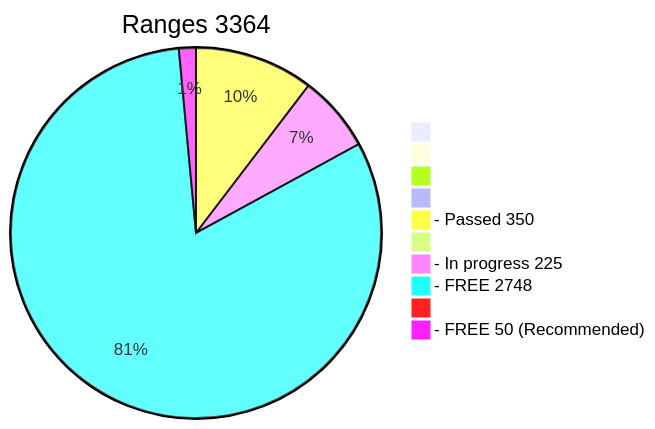
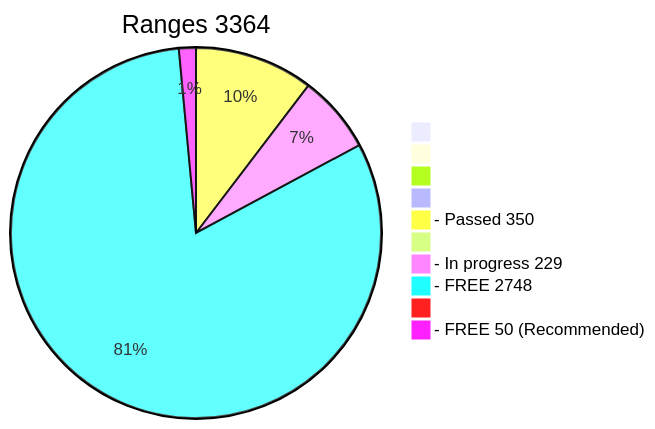
The diagram in x64/Release/table.md (phrutis/wif500), drawn with Mermaid before and after one commit. The commit also changed other lines of this file, not shown here.

````diff
--- a/x64/Release/table.md
+++ b/x64/Release/table.md
@@ -2,13 +2,13 @@
 ```mermaid
 pie title Ranges 3364
   " " : 0
   "  " : 0
   "   " : 0
   "    " : 0
   "- Passed 350" : 350
   "     " : 0
-  "- In progress 225" : 225
+  "- In progress 229" : 229
   "- FREE 2748" : 2748
   "      " : 0
   "- FREE 50 (Recommended)" : 50
 ```
````
